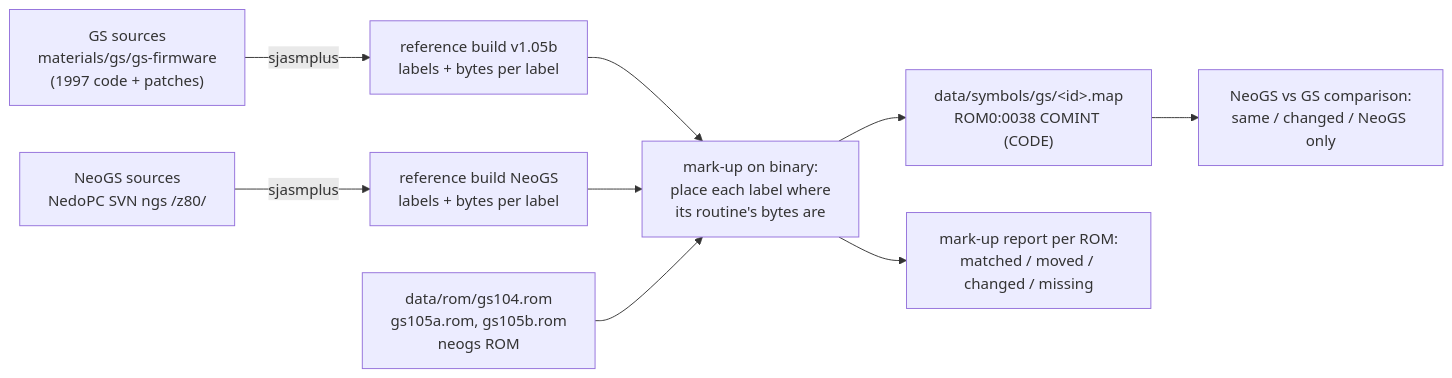
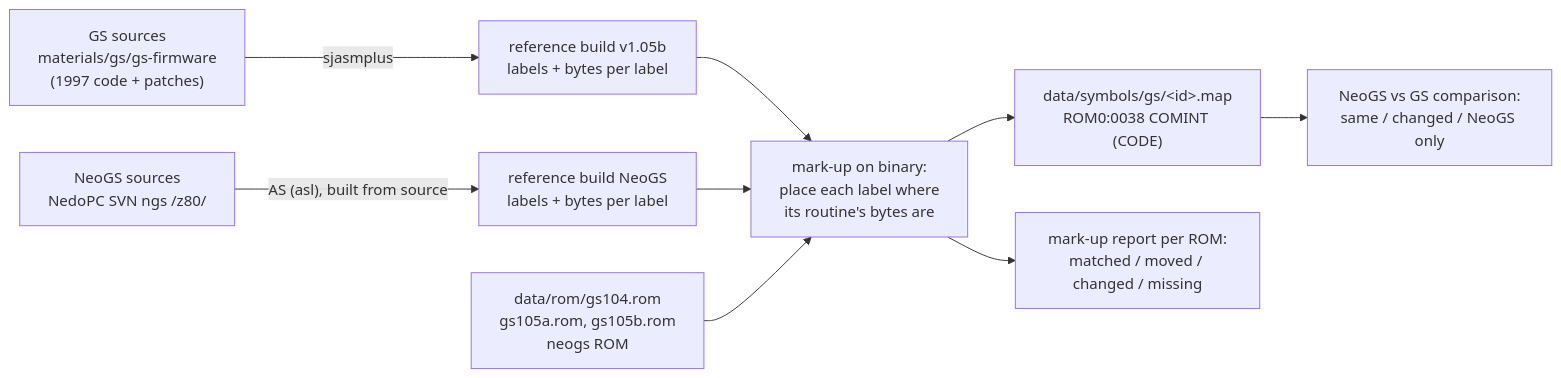
The fourth of 5 diagrams in docs/inprogress/2026-09-27-gs-debugger/design.md (alfishe/unreal-ng), drawn with Mermaid before and after one commit. The commit also changed other lines of this file and 5 other files, not shown here.

````diff
--- a/docs/inprogress/2026-09-27-gs-debugger/design.md
+++ b/docs/inprogress/2026-09-27-gs-debugger/design.md
@@ -706,11 +720,11 @@
 ```mermaid
 flowchart LR
     SRC["GS sources<br/>materials/gs/gs-firmware<br/>(1997 code + patches)"] -->|"sjasmplus"| REF["reference build v1.05b<br/>labels + bytes per label"]
-    NSRC["NeoGS sources<br/>NedoPC SVN ngs /z80/"] -->|"sjasmplus"| NREF["reference build NeoGS<br/>labels + bytes per label"]
+    NSRC["NeoGS sources<br/>NedoPC SVN ngs /z80/"] -->|"AS (asl), built from source"| NREF["reference build NeoGS<br/>labels + bytes per label"]
     REF --> MARK["mark-up on binary:<br/>place each label where<br/>its routine's bytes are"]
     NREF --> MARK
     BINS["data/rom/gs104.rom<br/>gs105a.rom, gs105b.rom<br/>neogs ROM"] --> MARK
     MARK --> MAP["data/symbols/gs/&lt;id&gt;.map<br/>ROM0:0038 COMINT (CODE)"]
     MARK --> REP["mark-up report per ROM:<br/>matched / moved / changed / missing"]
     MAP --> DIFF["NeoGS vs GS comparison:<br/>same / changed / NeoGS only"]
 ```
````
